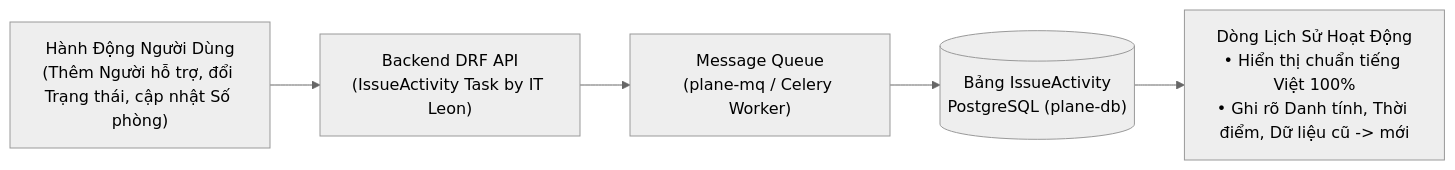
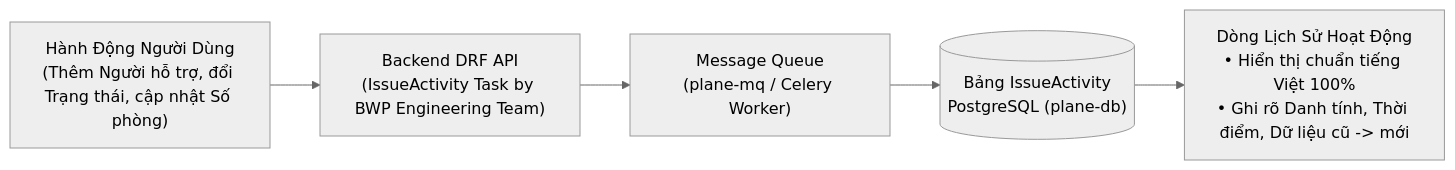
One commit to bwpnora/BWP-Notebook-v2 changed diagram 20 of 22 in USER_GUIDE_VI.md. Above: the diagram before and after it, drawn with Mermaid (neutral theme). The commit also changed other lines of this file and 50 other files, not shown here.

````diff
--- a/USER_GUIDE_VI.md
+++ b/USER_GUIDE_VI.md
@@ -1459,7 +1459,7 @@
 ```mermaid
 flowchart LR
-    Action["Hành Động Người Dùng<br>(Thêm Người hỗ trợ, đổi Trạng thái, cập nhật Số phòng)"] --> API["Backend DRF API<br>(IssueActivity Task by IT Leon)"]
+    Action["Hành Động Người Dùng<br>(Thêm Người hỗ trợ, đổi Trạng thái, cập nhật Số phòng)"] --> API["Backend DRF API<br>(IssueActivity Task by BWP Engineering Team)"]
     API --> RabbitMQ["Message Queue<br>(plane-mq / Celery Worker)"]
     RabbitMQ --> AuditDB[("Bảng IssueActivity<br>PostgreSQL (plane-db)")]
     AuditDB --> Stream["Dòng Lịch Sử Hoạt Động<br>• Hiển thị chuẩn tiếng Việt 100%<br>• Ghi rõ Danh tính, Thời điểm, Dữ liệu cũ -> mới"]
 ```
````
